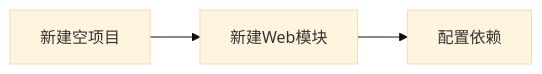
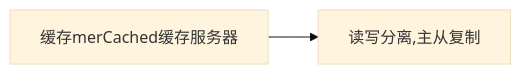
Before and after one commit to AmosTian/myPDF-updating: the third of 3 diagrams in SOALearning/3.MyBatis/MyBatis.md, drawn with Mermaid (base theme). The commit also changed other lines of this file and 131 other files, not shown here.

````diff
--- a/SOALearning/3.MyBatis/MyBatis.md
+++ b/SOALearning/3.MyBatis/MyBatis.md
@@ -64,5 +1630,5 @@
 ```mermaid
 graph LR
+A[缓存merCached缓存服务器]-->B[读写分离,主从复制]
 
-A[新建空项目] --> B[新建Web模块] --> C[配置依赖]
 ```
````
